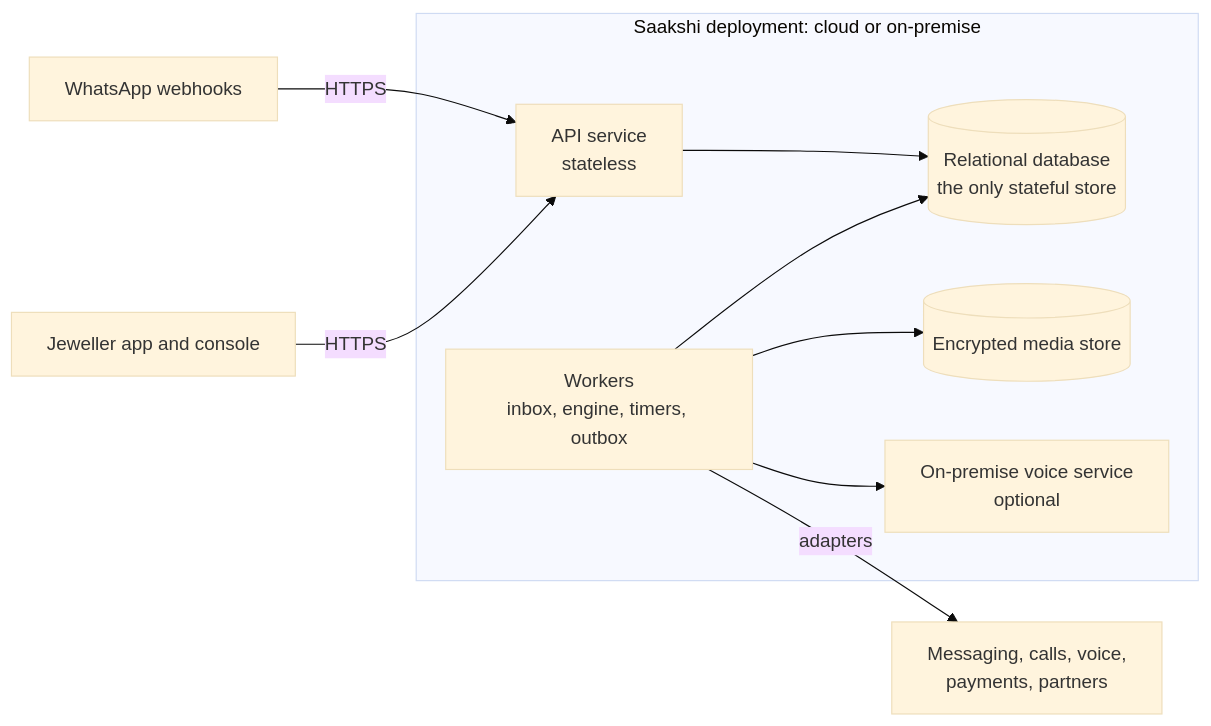
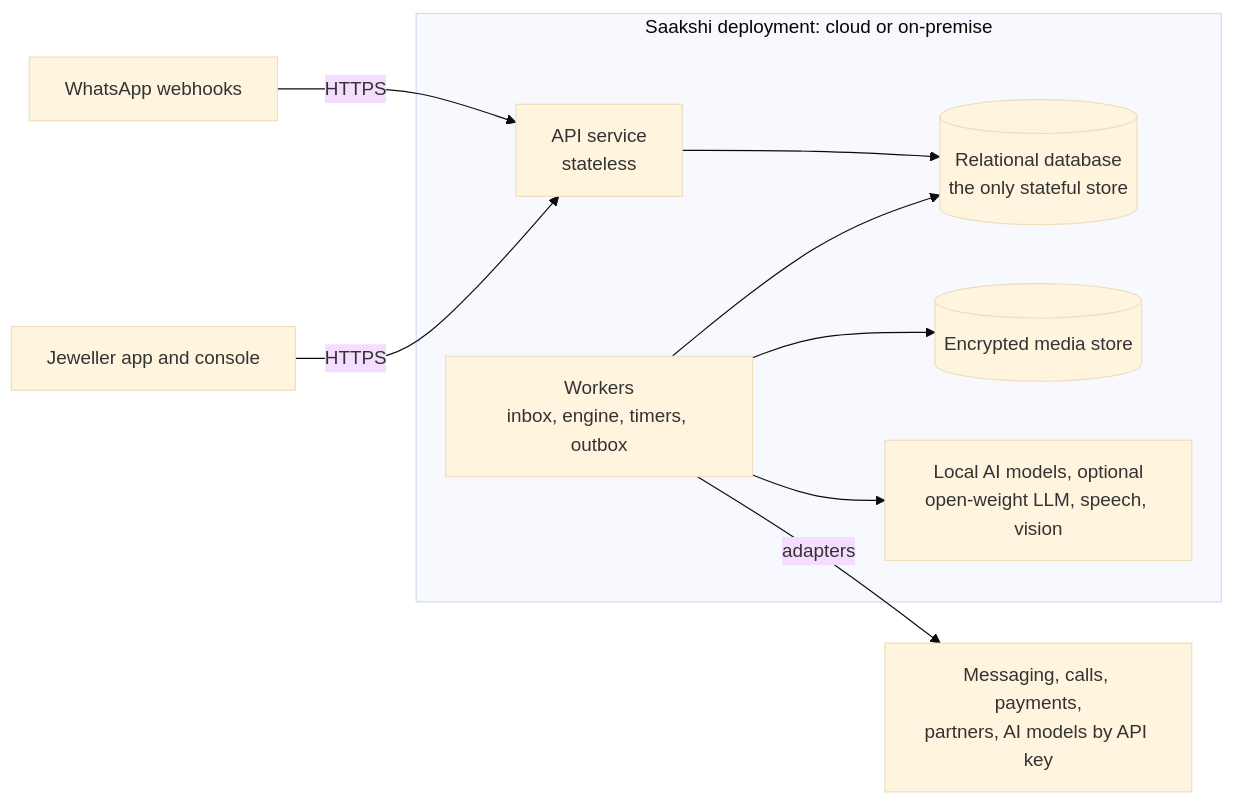
The seventh of 7 diagrams in docs/high-level-design.md (shubham-jadhav-FiatLux/saakshi), drawn with Mermaid (base theme) before and after one commit. The commit also changed other lines of this file and 2 other files, not shown here.

````diff
--- a/docs/high-level-design.md
+++ b/docs/high-level-design.md
@@ -291,19 +372,19 @@
 ```mermaid
 flowchart LR
   WA2["WhatsApp webhooks"]
   PH["Jeweller app and console"]
   subgraph SRV["Saakshi deployment: cloud or on-premise"]
     API["API service<br/>stateless"]
     WK["Workers<br/>inbox, engine, timers, outbox"]
     DB[("Relational database<br/>the only stateful store")]
     OBJ[("Encrypted media store")]
-    VOX["On-premise voice service<br/>optional"]
+    VOX["Local AI models, optional<br/>open-weight LLM, speech, vision"]
   end
   WA2 -->|"HTTPS"| API
   PH -->|"HTTPS"| API
   API --> DB
   WK --> DB
   WK --> OBJ
   WK --> VOX
-  WK -->|"adapters"| EXT["Messaging, calls, voice,<br/>payments, partners"]
+  WK -->|"adapters"| EXT["Messaging, calls, payments,<br/>partners, AI models by API key"]
 ```
````
